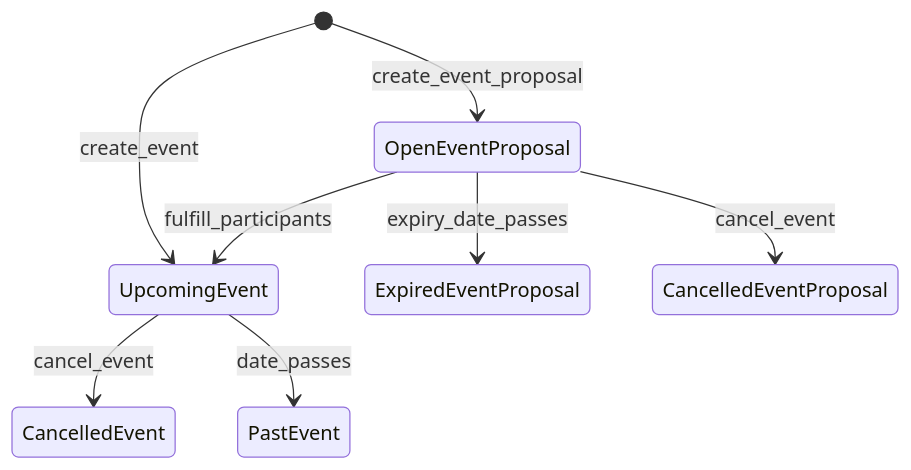
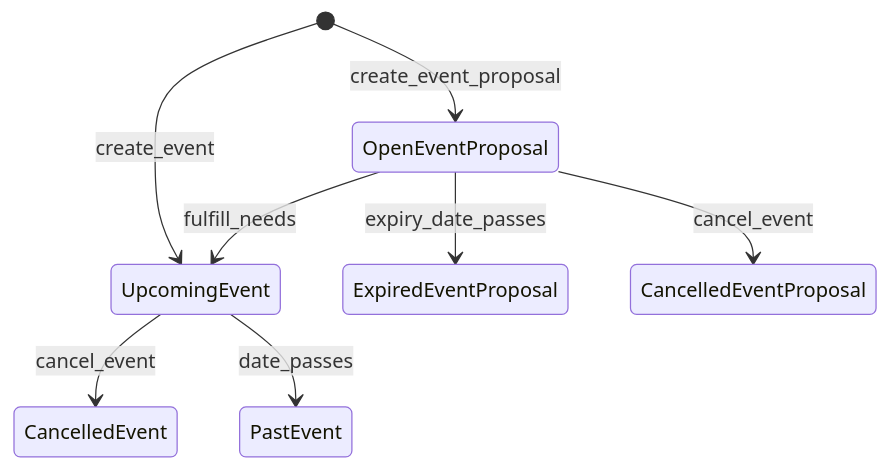
The diagram in docs/DESIGN.md (darksoil-studio/gather), drawn with Mermaid before and after one commit. The commit also changed 37 other files, not shown here.

````diff
--- a/docs/DESIGN.md
+++ b/docs/DESIGN.md
@@ -2,10 +2,10 @@
 ```mermaid
 stateDiagram-v2
     [*] --> OpenEventProposal: create_event_proposal
     [*] --> UpcomingEvent: create_event
-    OpenEventProposal --> UpcomingEvent: fulfill_participants
+    OpenEventProposal --> UpcomingEvent: fulfill_needs
     UpcomingEvent --> CancelledEvent: cancel_event
     UpcomingEvent --> PastEvent: date_passes
     OpenEventProposal --> ExpiredEventProposal: expiry_date_passes
     OpenEventProposal --> CancelledEventProposal: cancel_event
 ```
````
